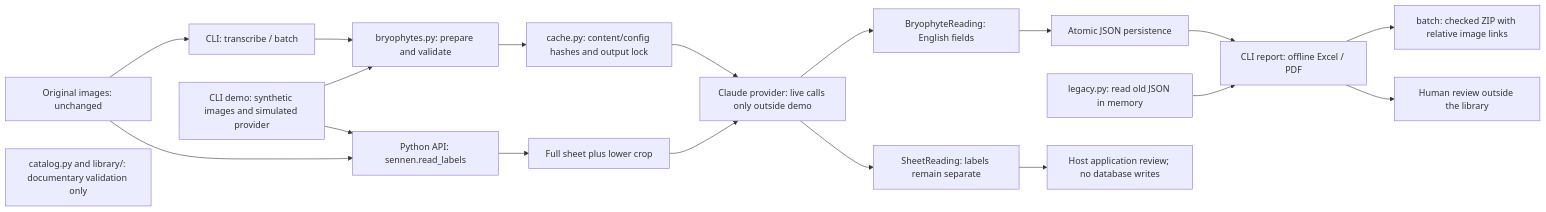
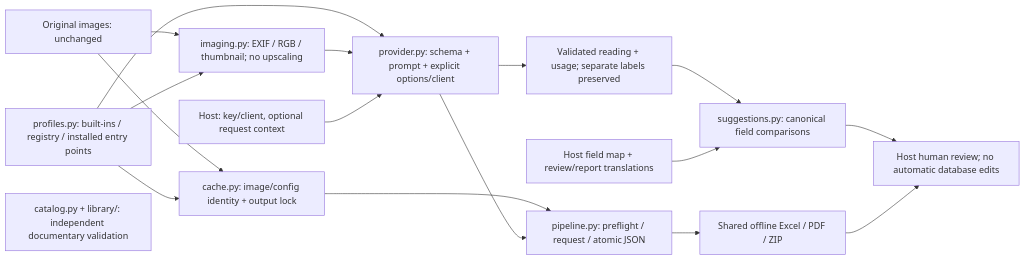
Before and after one commit to MattyDroidX/herbarium-labels: the diagram in docs/diagrams/architecture.mmd, drawn with Mermaid. The commit also changed 59 other files, not shown here.

```diff
--- a/docs/diagrams/architecture.mmd
+++ b/docs/diagrams/architecture.mmd
@@ -1,19 +1,17 @@
 flowchart LR
-    Input["Original images: unchanged"] --> CLI["CLI: transcribe / batch"]
-    CLI --> Bryophytes["bryophytes.py: prepare and validate"]
-    Bryophytes --> Cache["cache.py: content/config hashes and output lock"]
-    Cache --> Provider["Claude provider: live calls only outside demo"]
-    Provider --> Reading["BryophyteReading: English fields"]
-    Reading --> JSON["Atomic JSON persistence"]
-    JSON --> Report["CLI report: offline Excel / PDF"]
-    Legacy["legacy.py: read old JSON in memory"] --> Report
-    Report --> ZIP["batch: checked ZIP with relative image links"]
-    Report --> Human["Human review outside the library"]
-    Input --> Sheets["Python API: sennen.read_labels"]
-    Sheets --> Crop["Full sheet plus lower crop"]
-    Crop --> Provider
-    Provider --> SheetReading["SheetReading: labels remain separate"]
-    SheetReading --> Host["Host application review; no database writes"]
-    Demo["CLI demo: synthetic images and simulated provider"] --> Bryophytes
-    Demo --> Sheets
-    Catalog["catalog.py and library/: documentary validation only"]
+    Input["Original images: unchanged"] --> Imaging["imaging.py: EXIF / RGB / thumbnail; no upscaling"]
+    Profiles["profiles.py: built-ins / registry / installed entry points"] --> Imaging
+    Profiles --> Provider["provider.py: schema + prompt + explicit options/client"]
+    Imaging --> Provider
+    Host["Host: key/client, optional request context"] --> Provider
+    Provider --> Reading["Validated reading + usage; separate labels preserved"]
+    Input --> Cache["cache.py: image/config identity + output lock"]
+    Profiles --> Cache
+    Cache --> Pipeline["pipeline.py: preflight / request / atomic JSON"]
+    Provider --> Pipeline
+    Pipeline --> Report["Shared offline Excel / PDF / ZIP"]
+    Reading --> Suggestions["suggestions.py: canonical field comparisons"]
+    Mapping["Host field map + review/report translations"] --> Suggestions
+    Suggestions --> Review["Host human review; no automatic database edits"]
+    Report --> Review
+    Catalog["catalog.py + library/: independent documentary validation"]
```
